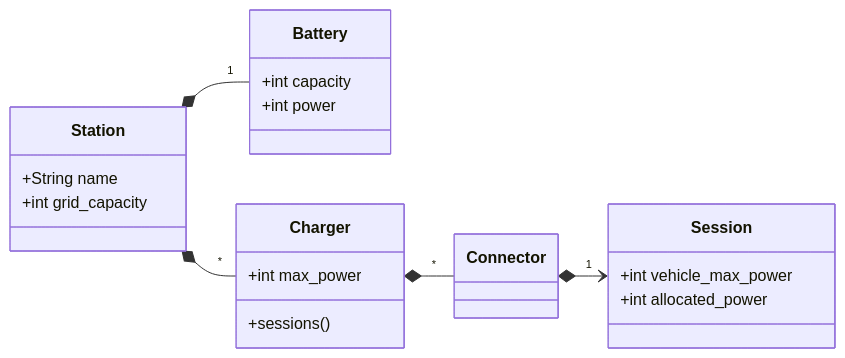
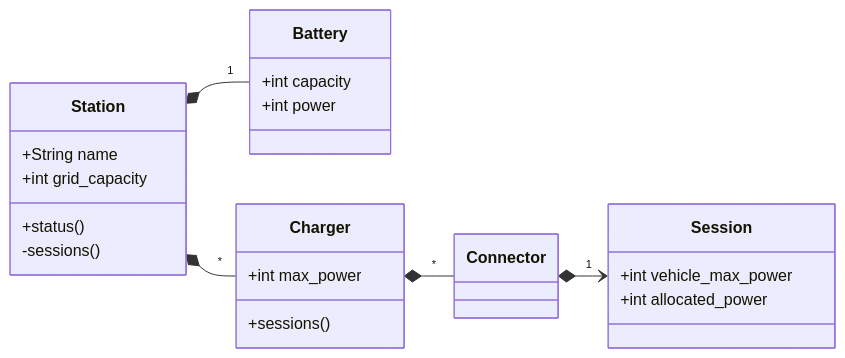
Before and after one commit to lucasdchamps/sems: the diagram in README.md, drawn with Mermaid. The commit also changed 4 other files, not shown here.

````diff
--- a/README.md
+++ b/README.md
@@ -30,24 +30,26 @@
 ```mermaid
 classDiagram
 direction LR
     Station *-- "1" Battery
     Station *-- "*" Charger
     Charger *-- "*" Connector
     Connector *--> "1" Session
     class Station {
         +String name
         +int grid_capacity
+        +status()
+        -sessions()
     }
     class Charger {
         +int max_power
         +sessions()
     }
     class Session {
         +int vehicle_max_power
         +int allocated_power
     }
     class Battery {
         +int capacity
         +int power
     }
 ```
````
